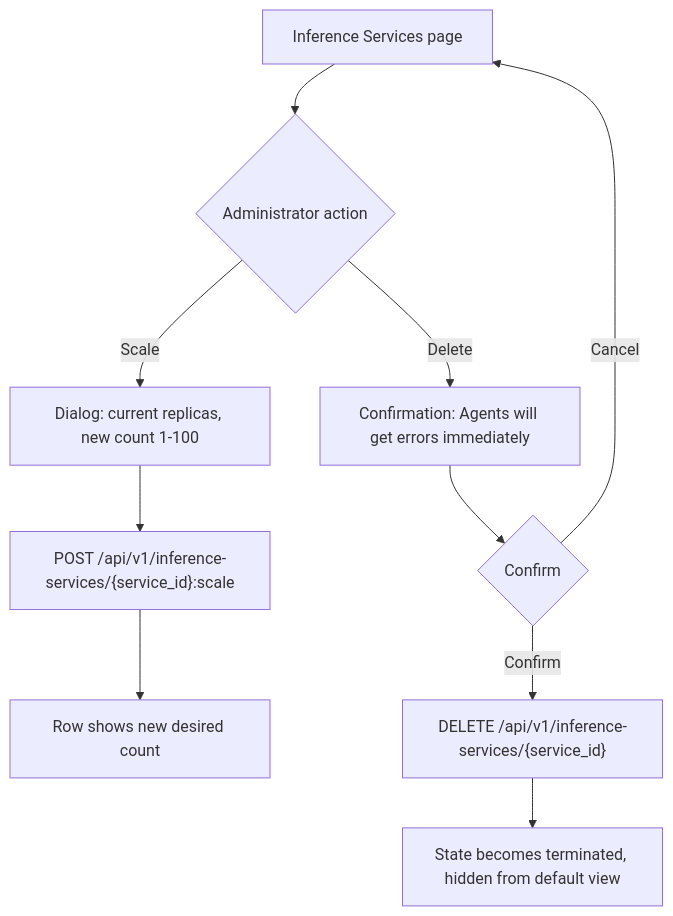
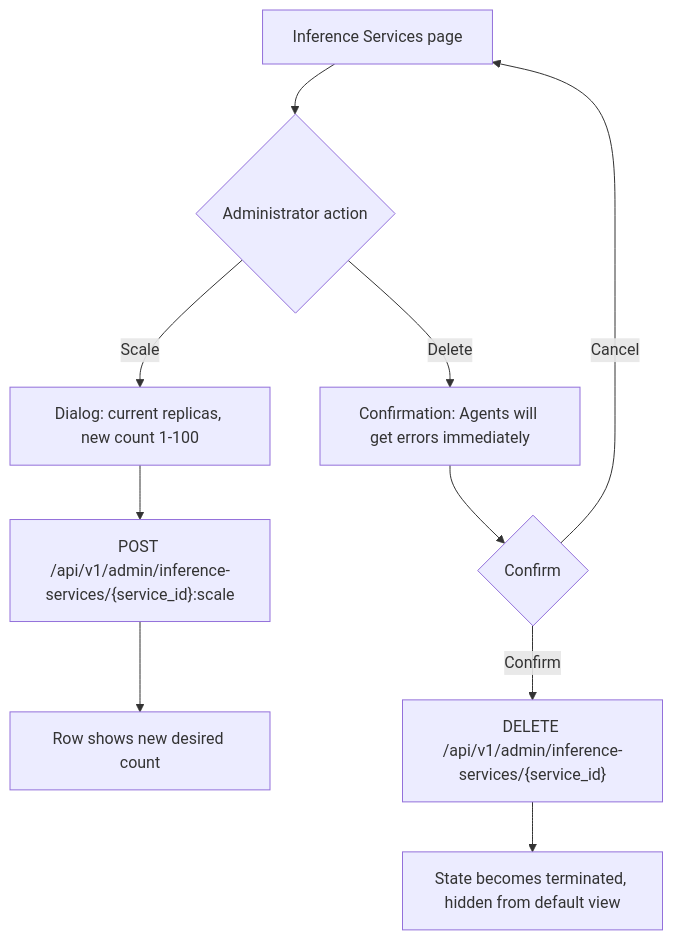
The fourth of 4 diagrams in site/docs/design/model-catalog-deployment.md (go-taas/go-taas), drawn with Mermaid before and after one commit. The commit also changed other lines of this file and 41 other files, not shown here.

````diff
--- a/site/docs/design/model-catalog-deployment.md
+++ b/site/docs/design/model-catalog-deployment.md
@@ -224,12 +224,12 @@
 ```mermaid
 flowchart TD
     A["Inference Services page"] --> B{"Administrator action"}
     B -->|Scale| C["Dialog: current replicas, new count 1-100"]
-    C --> D["POST /api/v1/inference-services/{service_id}:scale"]
+    C --> D["POST /api/v1/admin/inference-services/{service_id}:scale"]
     D --> E["Row shows new desired count"]
     B -->|Delete| F["Confirmation: Agents will get errors immediately"]
     F --> G{"Confirm"}
     G -->|Cancel| A
-    G -->|Confirm| H["DELETE /api/v1/inference-services/{service_id}"]
+    G -->|Confirm| H["DELETE /api/v1/admin/inference-services/{service_id}"]
     H --> I["State becomes terminated, hidden from default view"]
 ```
````
